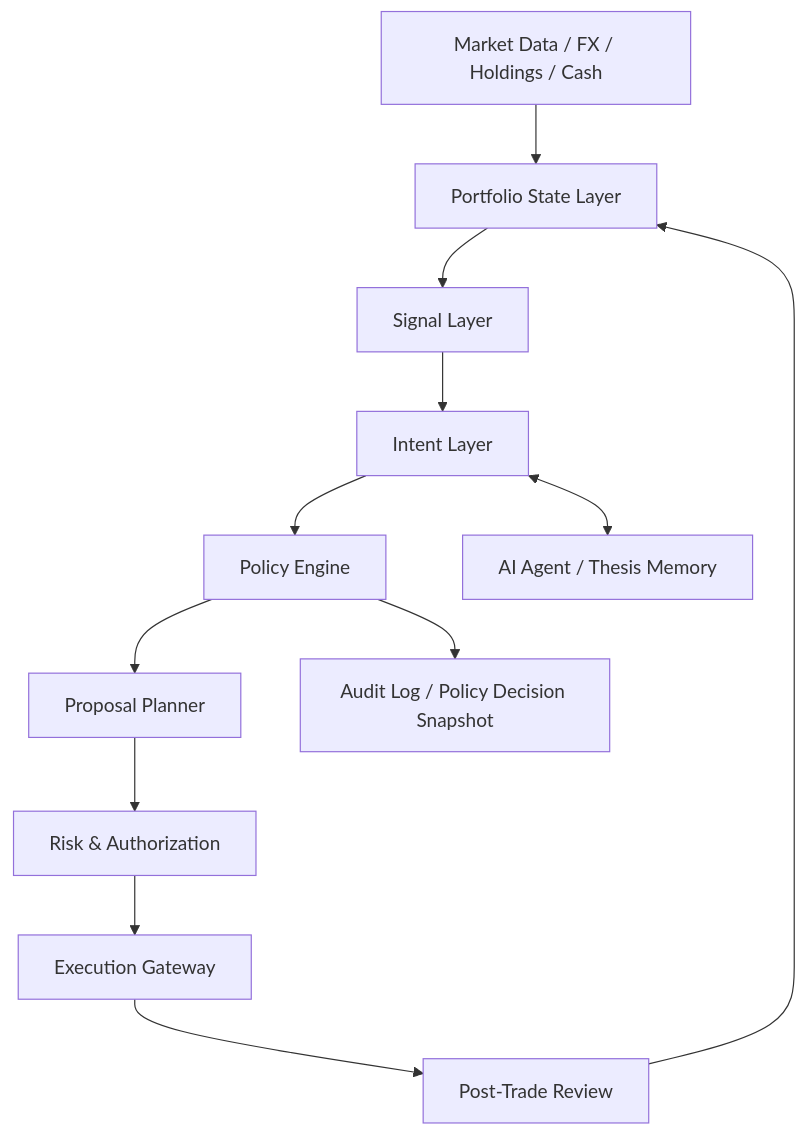
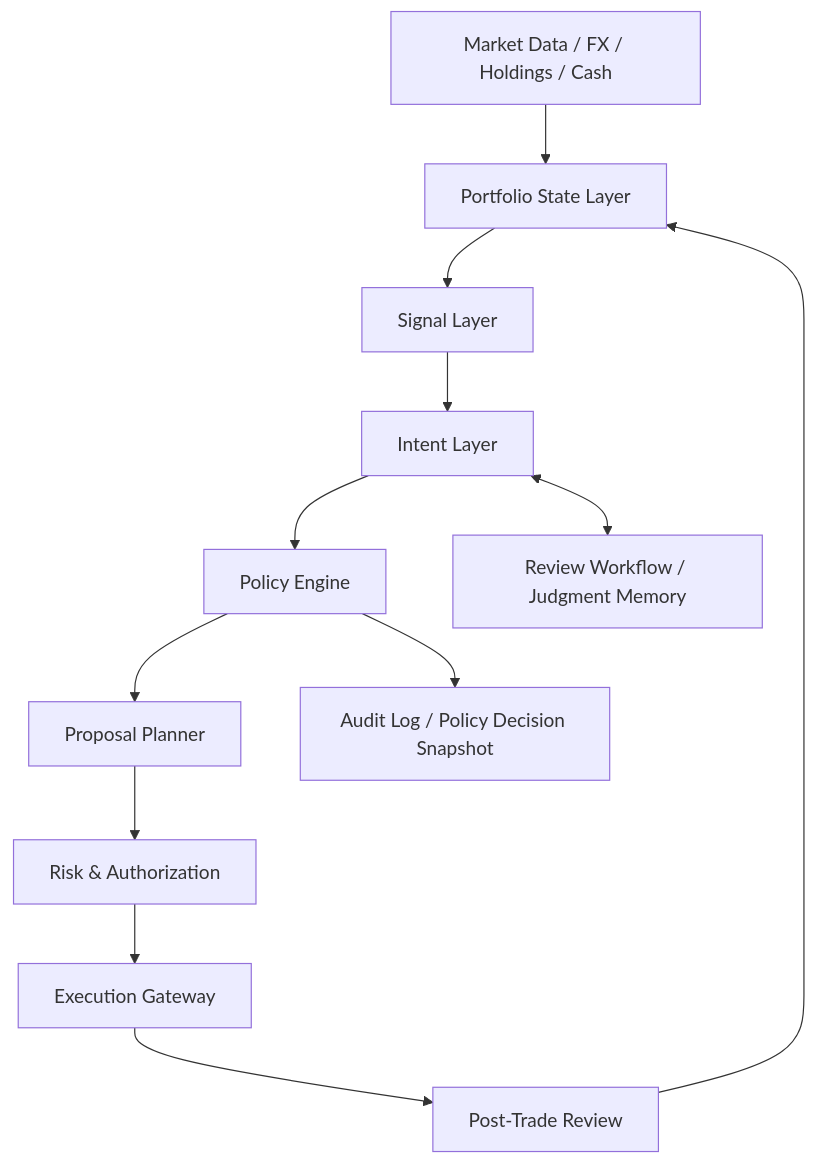
The diagram in docs/refactor-doc/ai-native-policy-engine-refactor.md (Jarvis-agent-bot/Dynamic-Asset-Allocation), drawn with Mermaid before and after one commit. The commit also changed other lines of this file and 350 other files, not shown here.

````diff
--- a/docs/refactor-doc/ai-native-policy-engine-refactor.md
+++ b/docs/refactor-doc/ai-native-policy-engine-refactor.md
@@ -57,14 +57,14 @@
 ```mermaid
 flowchart TD
   A["Market Data / FX / Holdings / Cash"] --> B["Portfolio State Layer"]
   B --> C["Signal Layer"]
   C --> D["Intent Layer"]
   D --> E["Policy Engine"]
   E --> F["Proposal Planner"]
   F --> G["Risk & Authorization"]
   G --> H["Execution Gateway"]
   H --> I["Post-Trade Review"]
   I --> B
-  D <--> J["AI Agent / Thesis Memory"]
+  D <--> J["Review Workflow / Judgment Memory"]
   E --> K["Audit Log / Policy Decision Snapshot"]
 ```
````
